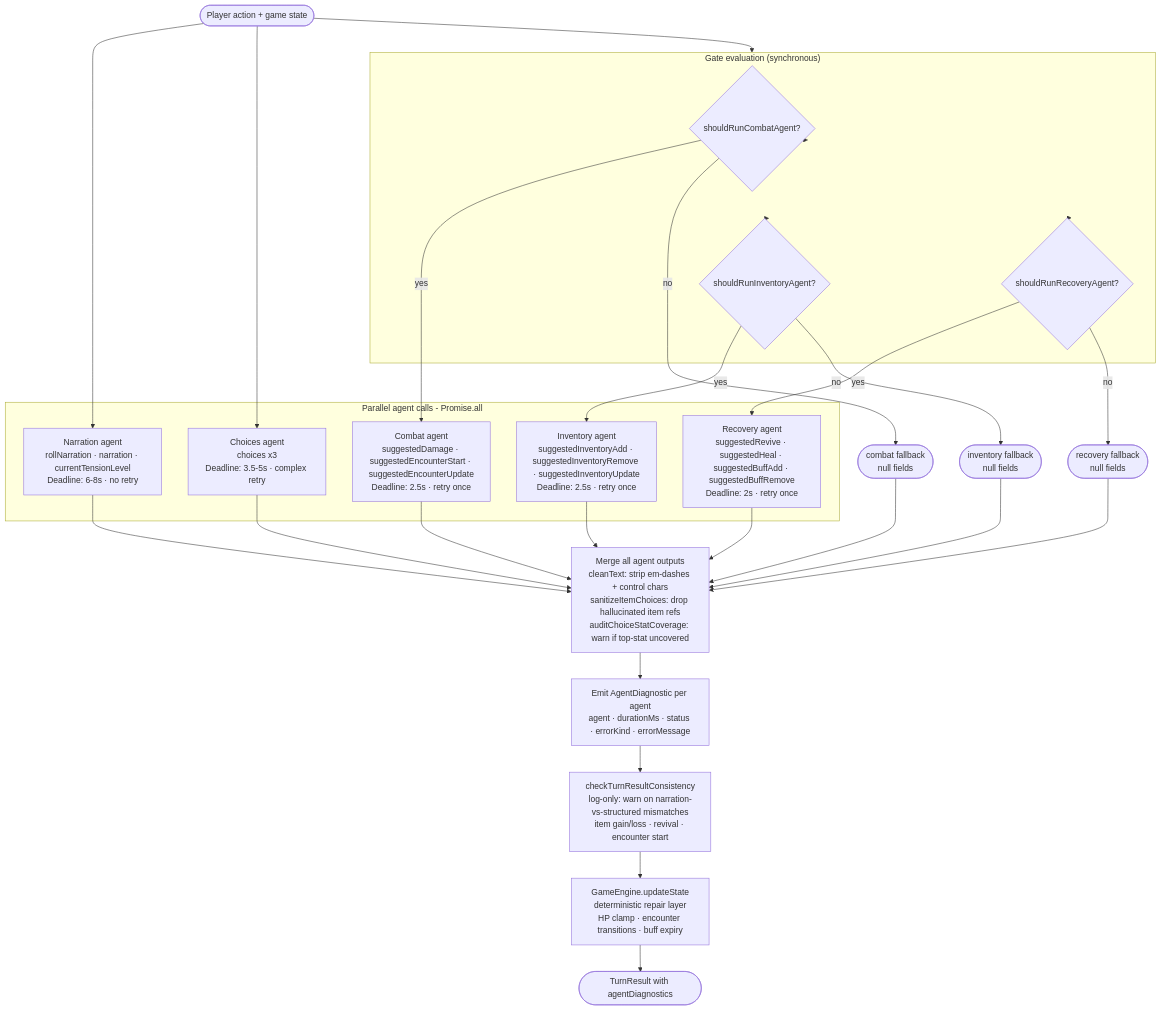
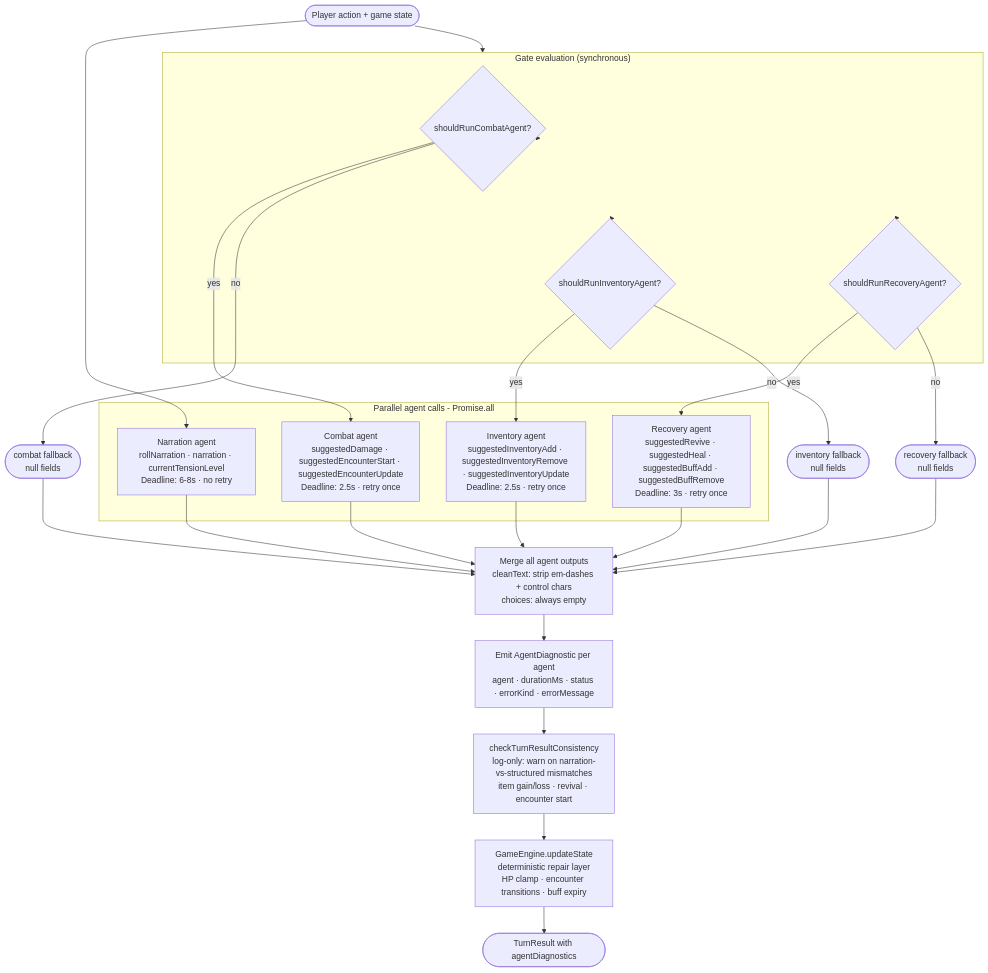
One commit to erikzaadi/dnd-fam-ftw changed the first of 2 diagrams in MULTI_AGENT_WORKFLOW.md. Above: the diagram before and after it, drawn with Mermaid. The commit also changed other lines of this file and 11 other files, not shown here.

````diff
--- a/MULTI_AGENT_WORKFLOW.md
+++ b/MULTI_AGENT_WORKFLOW.md
@@ -81,56 +97,53 @@
 ```mermaid
 flowchart TD
     INPUT([Player action + game state])
 
     subgraph GATES["Gate evaluation (synchronous)"]
         G1{shouldRunCombatAgent?}
         G2{shouldRunInventoryAgent?}
         G3{shouldRunRecoveryAgent?}
     end
 
     subgraph PARALLEL["Parallel agent calls - Promise.all"]
         NA["Narration agent\nrollNarration · narration · currentTensionLevel\nDeadline: 6-8s · no retry"]
-        CA["Choices agent\nchoices x3\nDeadline: 3.5-5s · complex retry"]
         CBA["Combat agent\nsuggestedDamage · suggestedEncounterStart · suggestedEncounterUpdate\nDeadline: 2.5s · retry once"]
         IA["Inventory agent\nsuggestedInventoryAdd · suggestedInventoryRemove · suggestedInventoryUpdate\nDeadline: 2.5s · retry once"]
-        RA["Recovery agent\nsuggestedRevive · suggestedHeal · suggestedBuffAdd · suggestedBuffRemove\nDeadline: 2s · retry once"]
+        RA["Recovery agent\nsuggestedRevive · suggestedHeal · suggestedBuffAdd · suggestedBuffRemove\nDeadline: 3s · retry once"]
     end
 
-    MERGE["Merge all agent outputs\ncleanText: strip em-dashes + control chars\nsanitizeItemChoices: drop hallucinated item refs\nauditChoiceStatCoverage: warn if top-stat uncovered"]
+    MERGE["Merge all agent outputs\ncleanText: strip em-dashes + control chars\nchoices: always empty"]
 
     DIAG["Emit AgentDiagnostic per agent\nagent · durationMs · status · errorKind · errorMessage"]
 
     GUARD["checkTurnResultConsistency\nlog-only: warn on narration-vs-structured mismatches\nitem gain/loss · revival · encounter start"]
 
     ENGINE["GameEngine.updateState\ndeterministic repair layer\nHP clamp · encounter transitions · buff expiry"]
 
     OUT([TurnResult with agentDiagnostics])
 
     INPUT --> GATES
     GATES --> G1
     GATES --> G2
     GATES --> G3
 
     INPUT --> NA
-    INPUT --> CA
     G1 -- yes --> CBA
     G1 -- no --> CBA_SKIP(["combat fallback\nnull fields"])
     G2 -- yes --> IA
     G2 -- no --> IA_SKIP(["inventory fallback\nnull fields"])
     G3 -- yes --> RA
     G3 -- no --> RA_SKIP(["recovery fallback\nnull fields"])
 
     NA --> MERGE
-    CA --> MERGE
     CBA --> MERGE
     CBA_SKIP --> MERGE
     IA --> MERGE
     IA_SKIP --> MERGE
     RA --> MERGE
     RA_SKIP --> MERGE
 
     MERGE --> DIAG
     DIAG --> GUARD
     GUARD --> ENGINE
     ENGINE --> OUT
 ```
````
